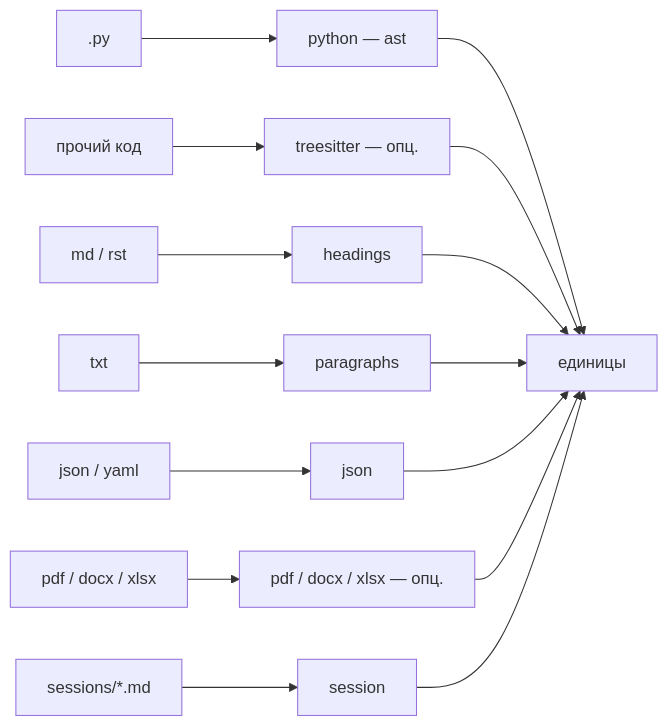
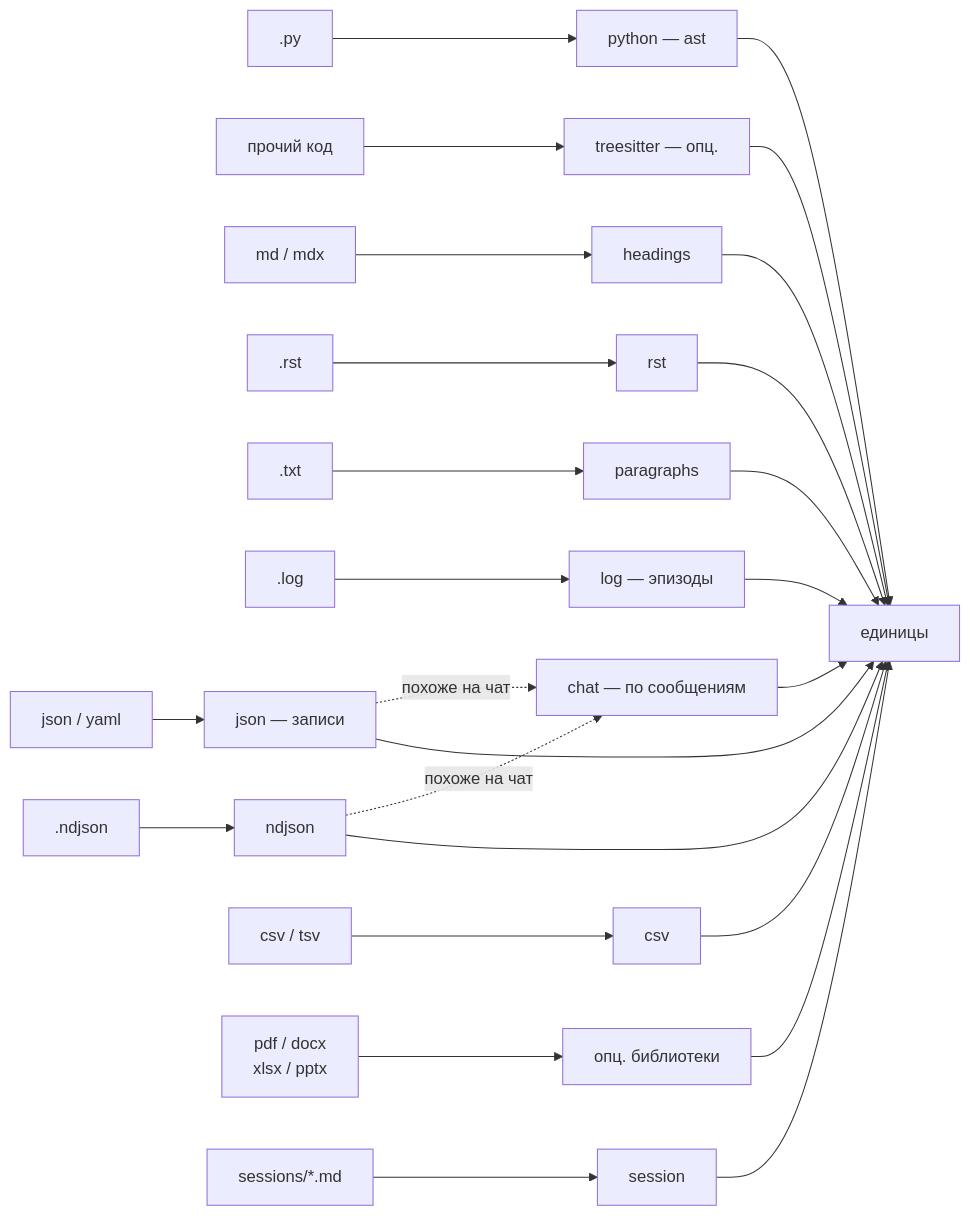
The second of 2 diagrams in docs/ru/architecture/04-ingest.md (Kvazar123/llm-amg), drawn with Mermaid before and after one commit. The commit also changed other lines of this file and 15 other files, not shown here.

````diff
--- a/docs/ru/architecture/04-ingest.md
+++ b/docs/ru/architecture/04-ingest.md
@@ -89,17 +94,28 @@
 ```mermaid
 flowchart LR
     P[".py"] --> PY["python — ast"]
     C["прочий код"] --> TS["treesitter — опц."]
-    M["md / rst"] --> HD["headings"]
-    T["txt"] --> PG["paragraphs"]
-    D["json / yaml"] --> JS["json"]
-    B["pdf / docx / xlsx"] --> BN["pdf / docx / xlsx — опц."]
+    M["md / mdx"] --> HD["headings"]
+    R[".rst"] --> RS["rst"]
+    T[".txt"] --> PG["paragraphs"]
+    L[".log"] --> LG["log — эпизоды"]
+    D["json / yaml"] --> JS["json — записи"]
+    N[".ndjson"] --> ND["ndjson"]
+    V["csv / tsv"] --> CS["csv"]
+    B["pdf / docx<br/>xlsx / pptx"] --> BN["опц. библиотеки"]
     S["sessions/*.md"] --> SE["session"]
+    JS -.->|похоже на чат| CH["chat — по сообщениям"]
+    ND -.->|похоже на чат| CH
     PY --> U["единицы"]
     TS --> U
     HD --> U
+    RS --> U
     PG --> U
+    LG --> U
     JS --> U
+    ND --> U
+    CS --> U
     BN --> U
     SE --> U
+    CH --> U
 ```
````
